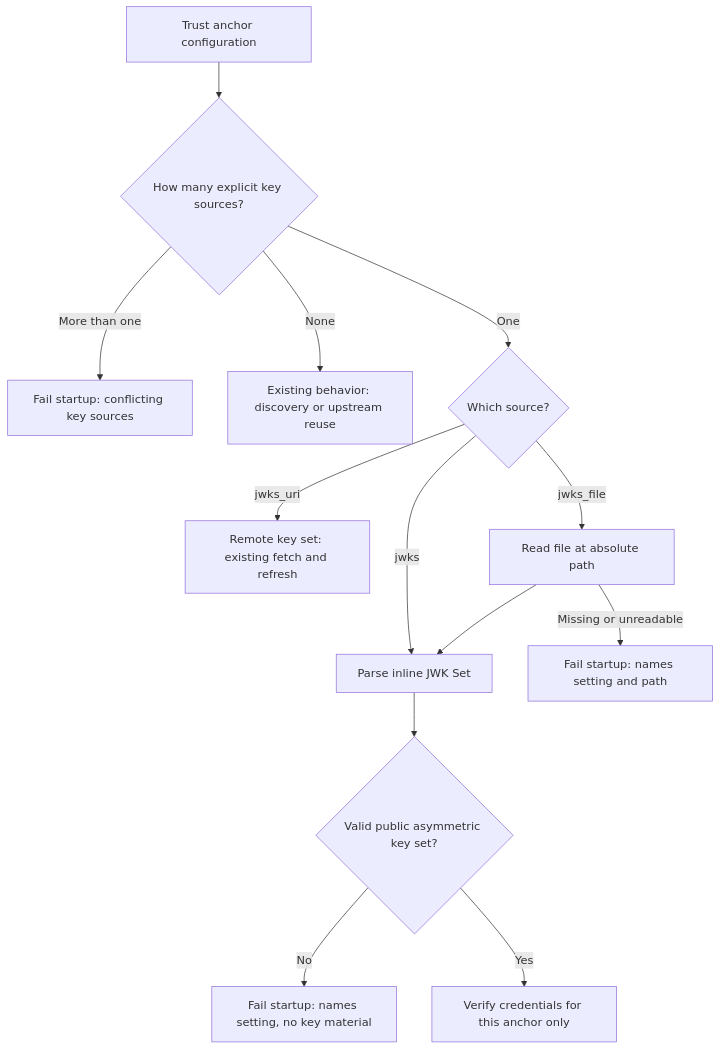
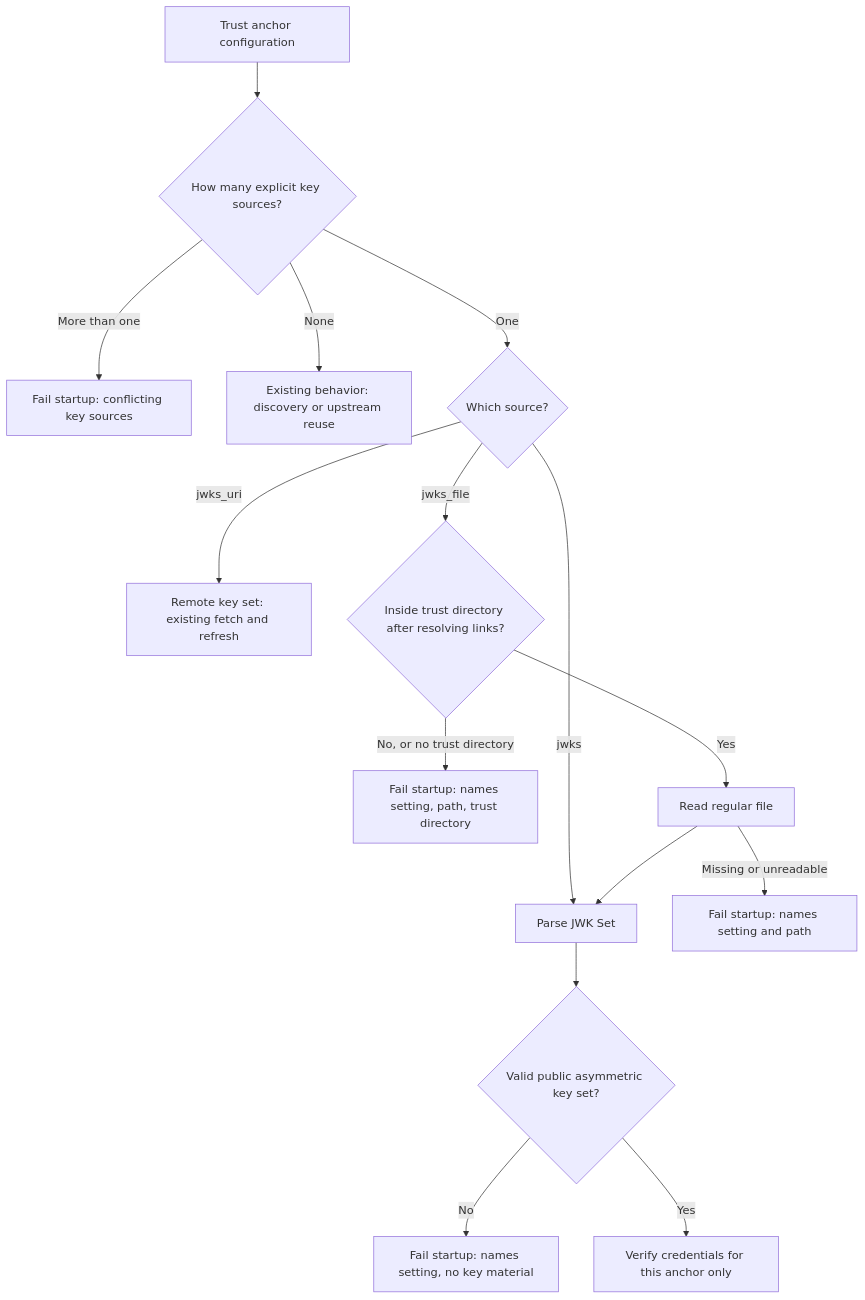
Before and after one commit to mjungsbluth/agentic-identity-broker: the first of 2 diagrams in specs/047-inline-jwks-trust-anchors/spec.md, drawn with Mermaid. The commit also changed other lines of this file and 1 other file, not shown here.

First line of the commit message:
docs(spec): confine 047 jwks_file to a configured trust directory

````diff
--- a/specs/047-inline-jwks-trust-anchors/spec.md
+++ b/specs/047-inline-jwks-trust-anchors/spec.md
@@ -185,15 +203,17 @@
 ```mermaid
 flowchart TD
     A["Trust anchor configuration"] --> B{"How many explicit key sources?"}
     B -->|"More than one"| X["Fail startup: conflicting key sources"]
     B -->|"None"| C["Existing behavior: discovery or upstream reuse"]
     B -->|"One"| D{"Which source?"}
     D -->|"jwks_uri"| E["Remote key set: existing fetch and refresh"]
-    D -->|"jwks"| F["Parse inline JWK Set"]
-    D -->|"jwks_file"| G["Read file at absolute path"]
+    D -->|"jwks"| F["Parse JWK Set"]
+    D -->|"jwks_file"| T{"Inside trust directory after resolving links?"}
+    T -->|"No, or no trust directory"| X4["Fail startup: names setting, path, trust directory"]
+    T -->|"Yes"| G["Read regular file"]
     G -->|"Missing or unreadable"| X2["Fail startup: names setting and path"]
     G --> F
     F --> H{"Valid public asymmetric key set?"}
     H -->|"No"| X3["Fail startup: names setting, no key material"]
     H -->|"Yes"| I["Verify credentials for this anchor only"]
 ```
````
